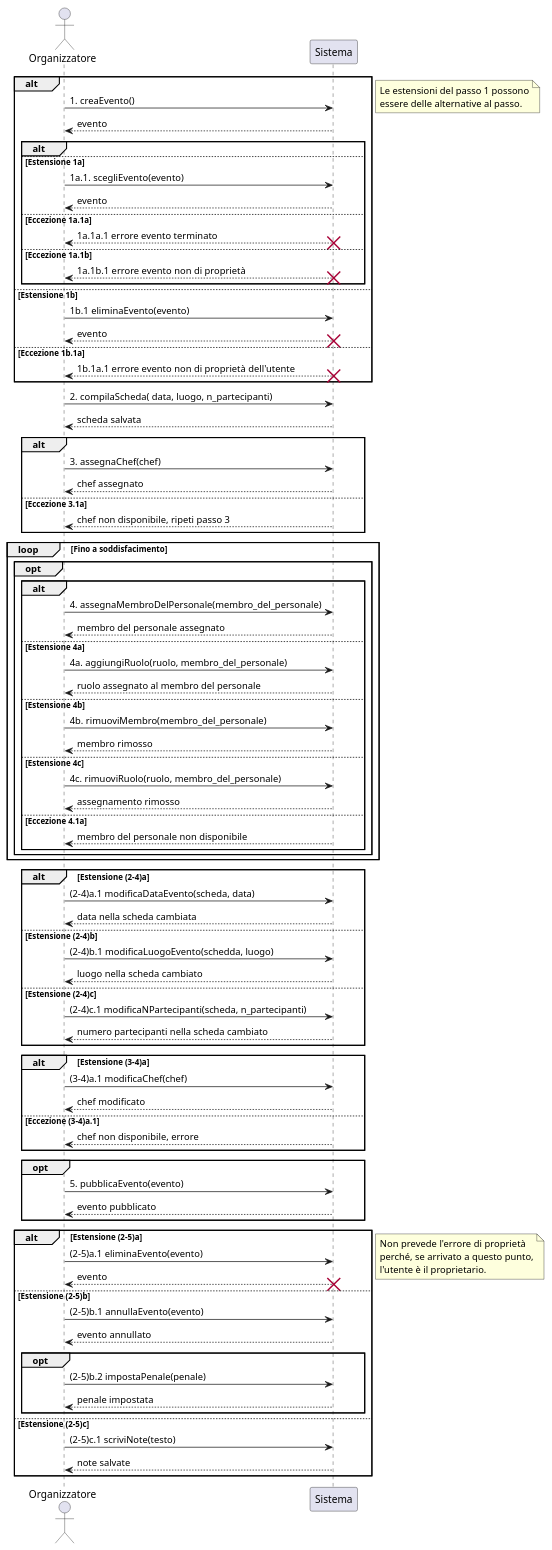
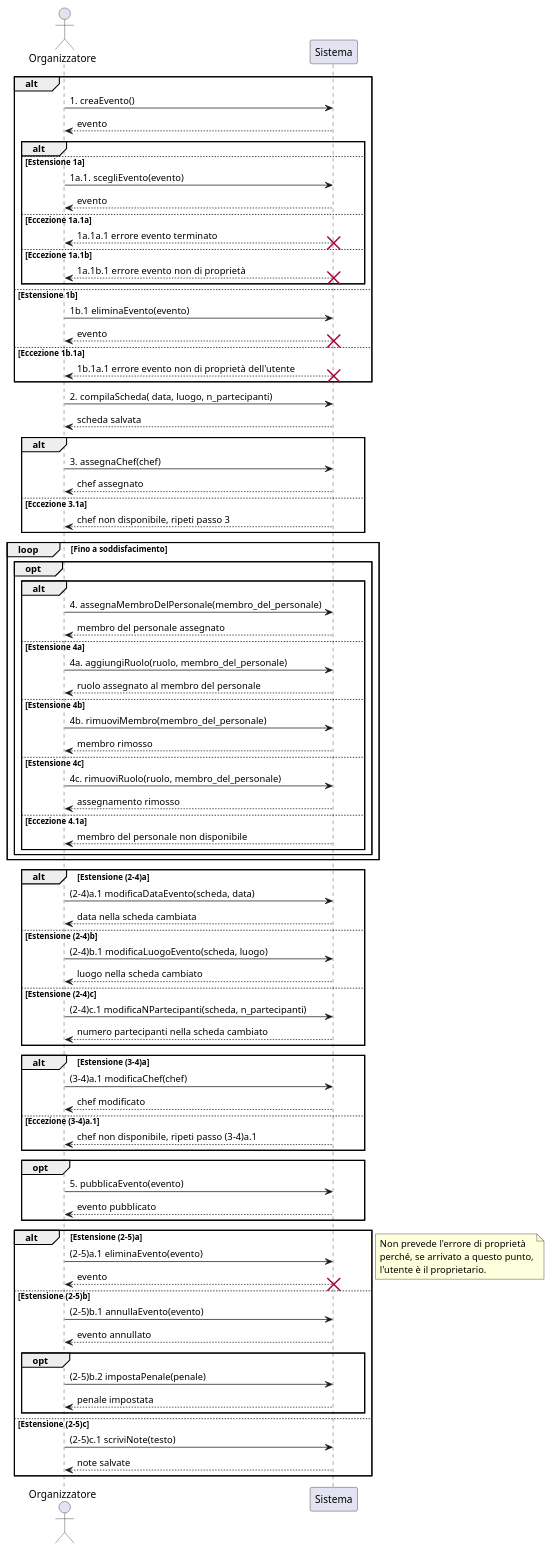
One commit to m0canu1/sas changed the diagram in ssd/ssd-gestire-eventi.md. Above: the diagram before and after it, drawn with PlantUML. The commit also changed 1 other file, not shown here.

Commit message:
ssd aggiornati

```diff
--- a/ssd/ssd-gestire-eventi.md
+++ b/ssd/ssd-gestire-eventi.md
@@ -26,7 +26,6 @@
 		destroy Sistema
 
 end
-note right: Le estensioni del passo 1 possono\nessere delle alternative al passo. 
    	Organizzatore -> Sistema : 2. compilaScheda( data, luogo, n_partecipanti)
  	Sistema --> Organizzatore : scheda salvata
     alt
@@ -59,7 +58,7 @@
     Organizzatore -> Sistema: (2-4)a.1 modificaDataEvento(scheda, data)
     Sistema --> Organizzatore: data nella scheda cambiata
 else Estensione (2-4)b
-    Organizzatore -> Sistema: (2-4)b.1 modificaLuogoEvento(schedda, luogo)
+    Organizzatore -> Sistema: (2-4)b.1 modificaLuogoEvento(scheda, luogo)
     Sistema --> Organizzatore: luogo nella scheda cambiato
 else Estensione (2-4)c
     Organizzatore -> Sistema: (2-4)c.1 modificaNPartecipanti(scheda, n_partecipanti)
@@ -69,7 +68,7 @@
     Organizzatore -> Sistema: (3-4)a.1 modificaChef(chef)
     Sistema --> Organizzatore: chef modificato
 else Eccezione (3-4)a.1
-    Sistema --> Organizzatore: chef non disponibile, errore
+    Sistema --> Organizzatore: chef non disponibile, ripeti passo (3-4)a.1
 end    
 opt
     Organizzatore -> Sistema: 5. pubblicaEvento(evento)
```
